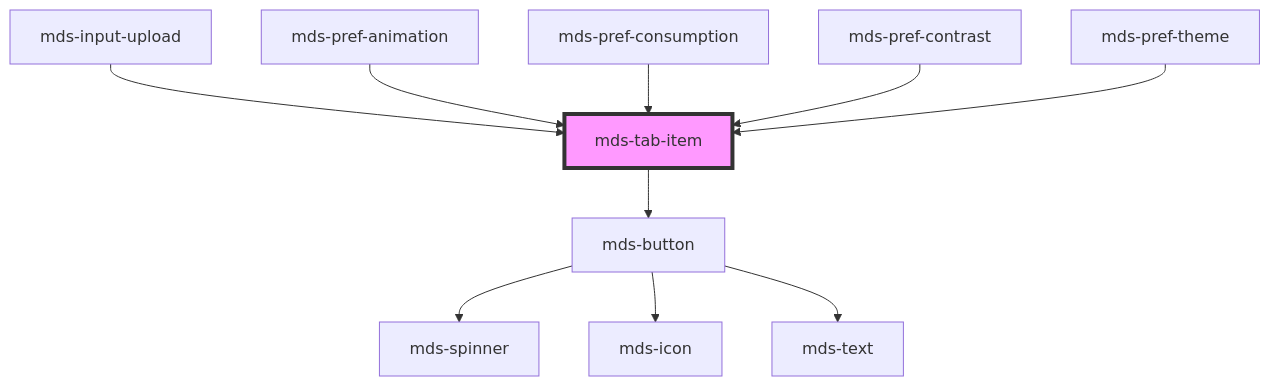
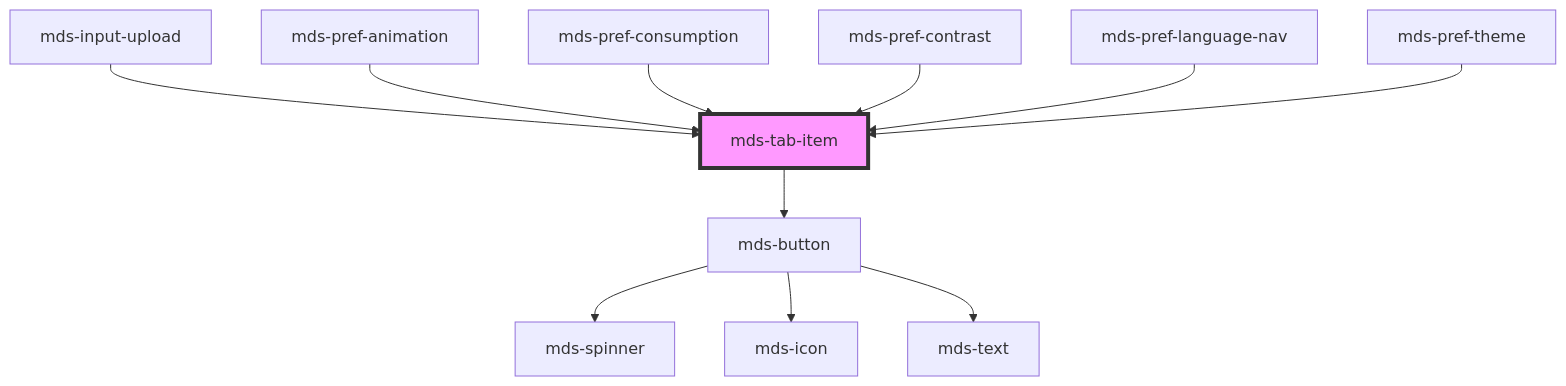
Before and after one commit to magma-design-system/magma: the diagram in projects/stencil/src/components/mds-tab-item/readme.md, drawn with Mermaid. The commit also changed other lines of this file and 47 other files, not shown here.

````diff
--- a/projects/stencil/src/components/mds-tab-item/readme.md
+++ b/projects/stencil/src/components/mds-tab-item/readme.md
@@ -72,13 +59,14 @@
 ```mermaid
 graph TD;
   mds-tab-item --> mds-button
   mds-button --> mds-spinner
   mds-button --> mds-icon
   mds-button --> mds-text
   mds-input-upload --> mds-tab-item
   mds-pref-animation --> mds-tab-item
   mds-pref-consumption --> mds-tab-item
   mds-pref-contrast --> mds-tab-item
+  mds-pref-language-nav --> mds-tab-item
   mds-pref-theme --> mds-tab-item
   style mds-tab-item fill:#f9f,stroke:#333,stroke-width:4px
 ```
````
